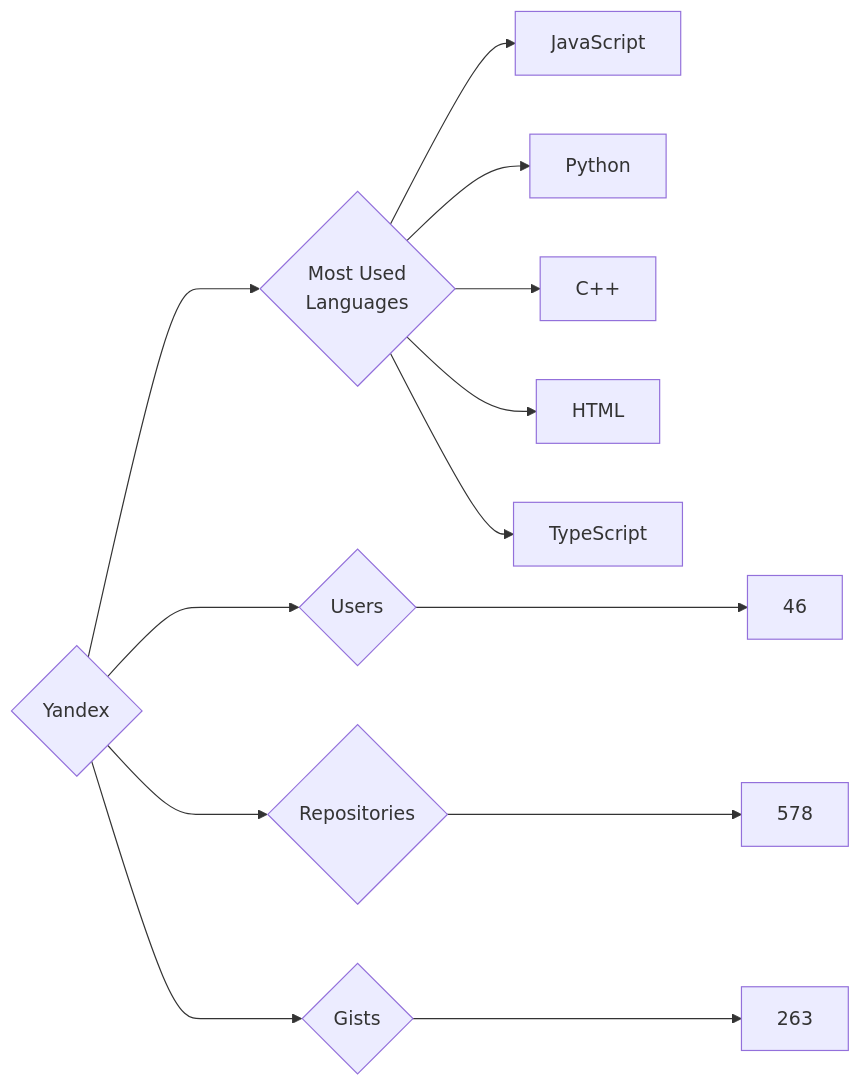
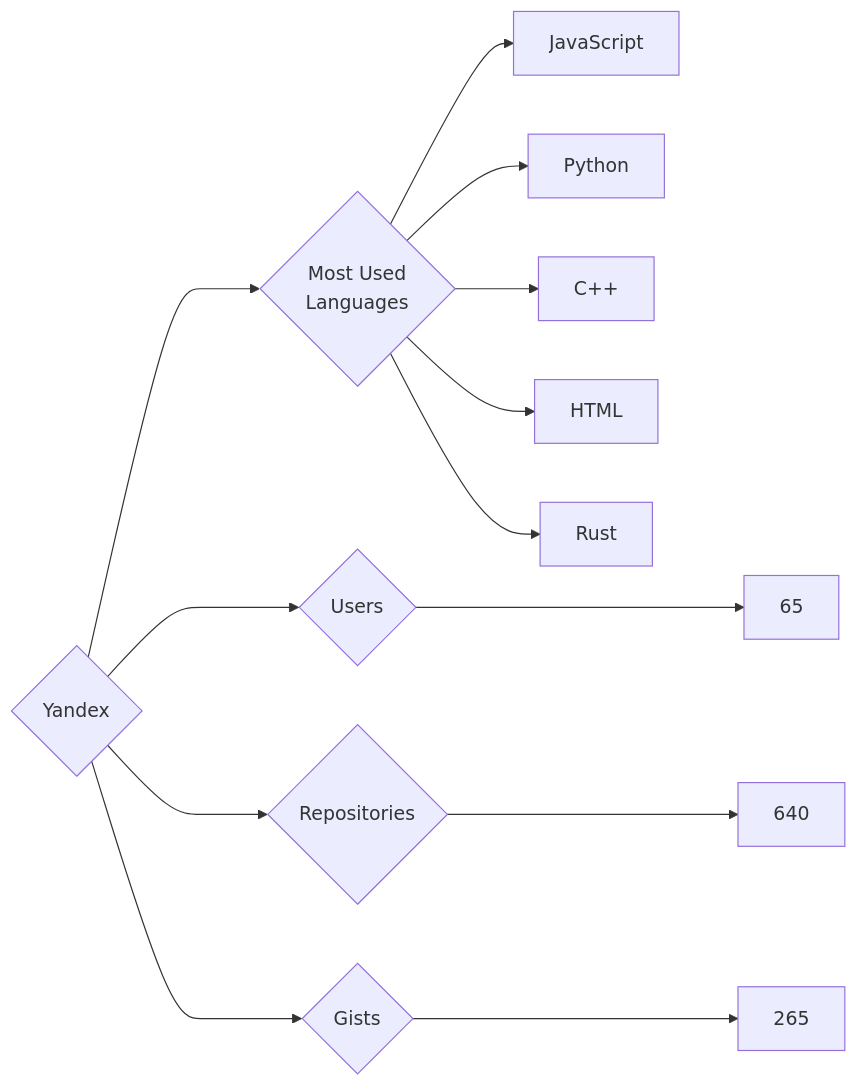
Before and after one commit to trickest/insiders: the diagram in targets/Yandex/README.md, drawn with Mermaid. The commit also changed 973 other files, not shown here.

````diff
--- a/targets/Yandex/README.md
+++ b/targets/Yandex/README.md
@@ -3,13 +3,13 @@
 ```mermaid
 graph LR
 COMPANY_NAME{Yandex}
-COMPANY_NAME ---> U{Users} ---> UN[46]
-COMPANY_NAME ---> R{Repositories} ---> RN[578]
-COMPANY_NAME ---> G{Gists} ---> GN[263]
+COMPANY_NAME ---> U{Users} ---> UN[65]
+COMPANY_NAME ---> R{Repositories} ---> RN[640]
+COMPANY_NAME ---> G{Gists} ---> GN[265]
 COMPANY_NAME ---> ML{Most Used<br>Languages}
 ML --> JavaScript[JavaScript]
 ML --> Python[Python]
 ML --> C++[C++]
 ML --> HTML[HTML]
-ML --> TypeScript[TypeScript]
+ML --> Rust[Rust]
 ```
````
